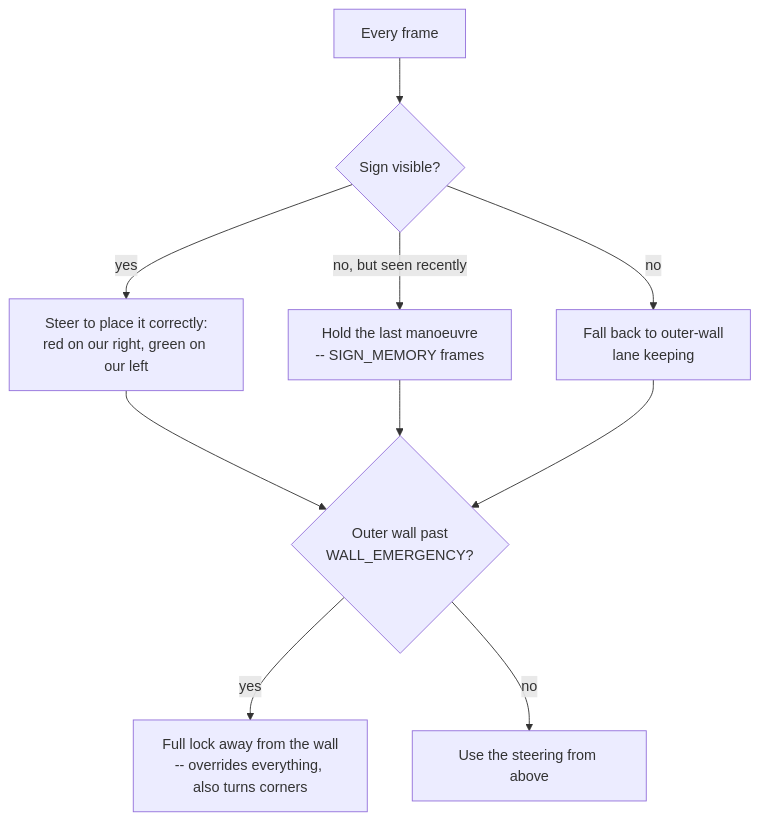
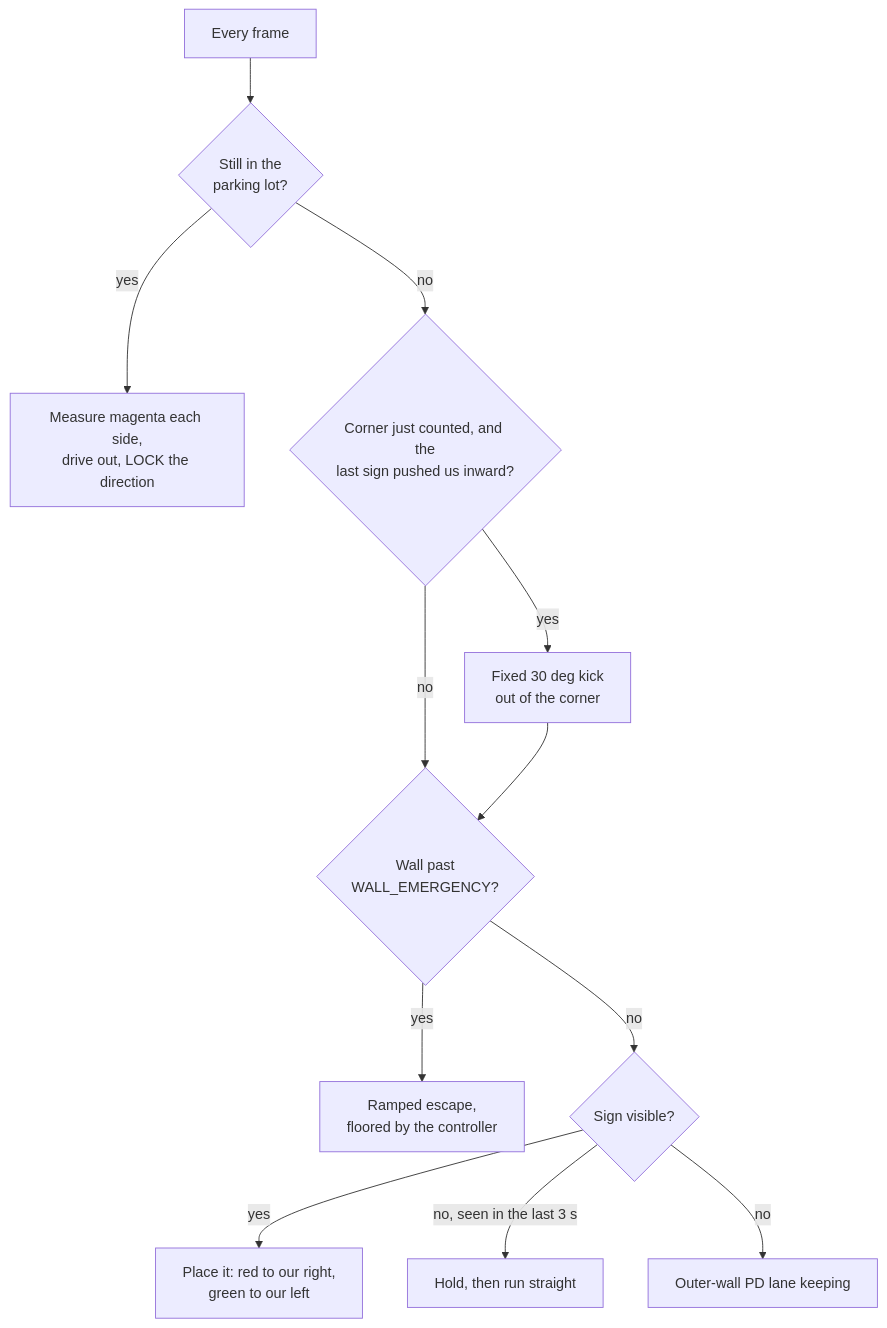
One commit to jolianjij/Red-Castle-WRO-Future-Engineers-2026 changed the second of 3 diagrams in README.md. Above: the diagram before and after it, drawn with Mermaid. The commit also changed other lines of this file and 4 other files, not shown here.

````diff
--- a/README.md
+++ b/README.md
@@ -436,12 +437,14 @@
 ```mermaid
 flowchart TD
-    A[Every frame] --> B{Sign visible?}
-    B -- yes --> C[Steer to place it correctly:<br/>red on our right, green on our left]
-    B -- no, but seen recently --> D[Hold the last manoeuvre<br/>-- SIGN_MEMORY frames]
-    B -- no --> E[Fall back to outer-wall<br/>lane keeping]
-    C --> F{Outer wall past<br/>WALL_EMERGENCY?}
-    D --> F
-    E --> F
-    F -- yes --> G[Full lock away from the wall<br/>-- overrides everything, also turns corners]
-    F -- no --> H[Use the steering from above]
+    A[Every frame] --> P{Still in the<br/>parking lot?}
+    P -- yes --> P1[Measure magenta each side,<br/>drive out, LOCK the direction]
+    P -- no --> K{Corner just counted, and the<br/>last sign pushed us inward?}
+    K -- yes --> K1[Fixed 30 deg kick<br/>out of the corner]
+    K -- no --> W{Wall past<br/>WALL_EMERGENCY?}
+    K1 --> W
+    W -- yes --> W1[Ramped escape,<br/>floored by the controller]
+    W -- no --> S{Sign visible?}
+    S -- yes --> S1[Place it: red to our right,<br/>green to our left]
+    S -- no, seen in the last 3 s --> H[Hold, then run straight]
+    S -- no --> L[Outer-wall PD lane keeping]
 ```
````
